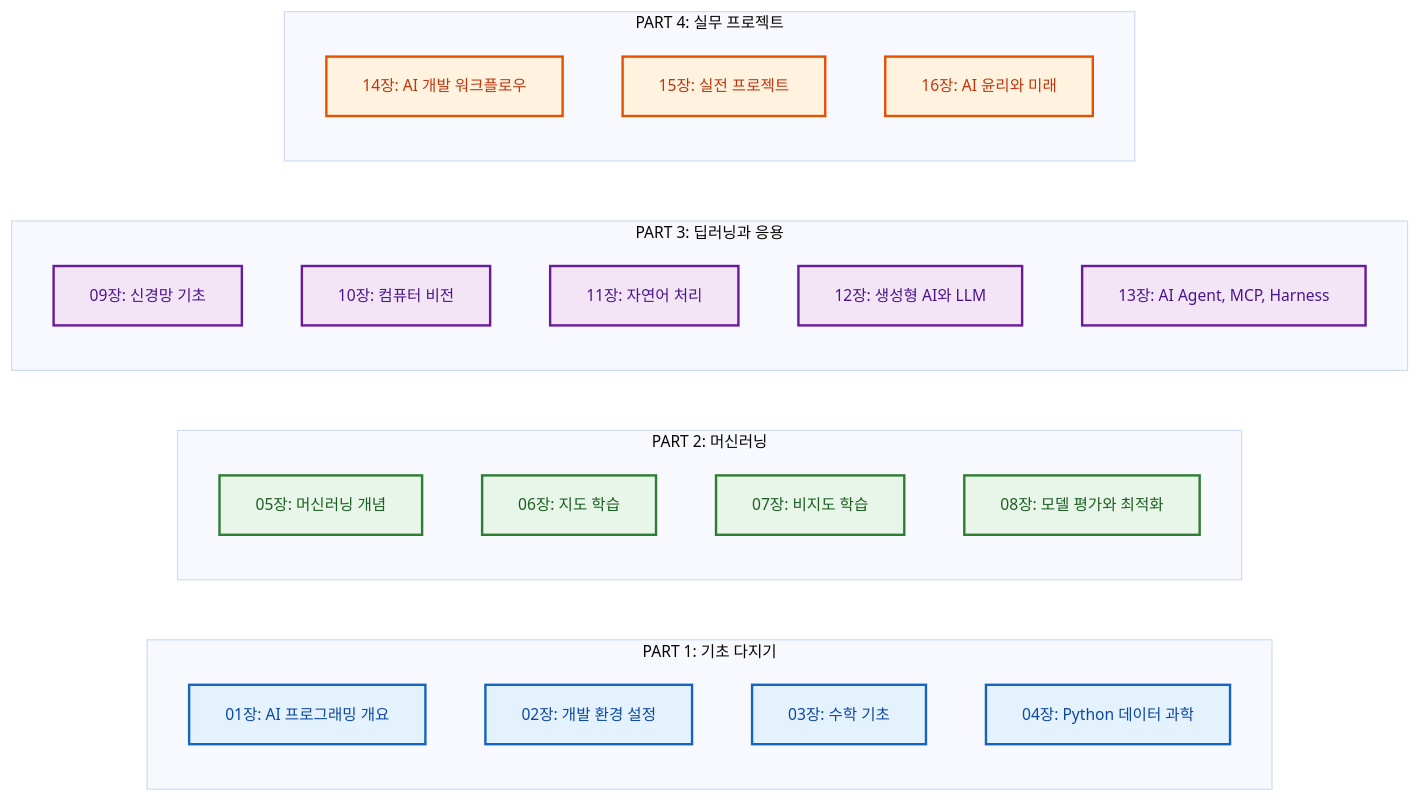
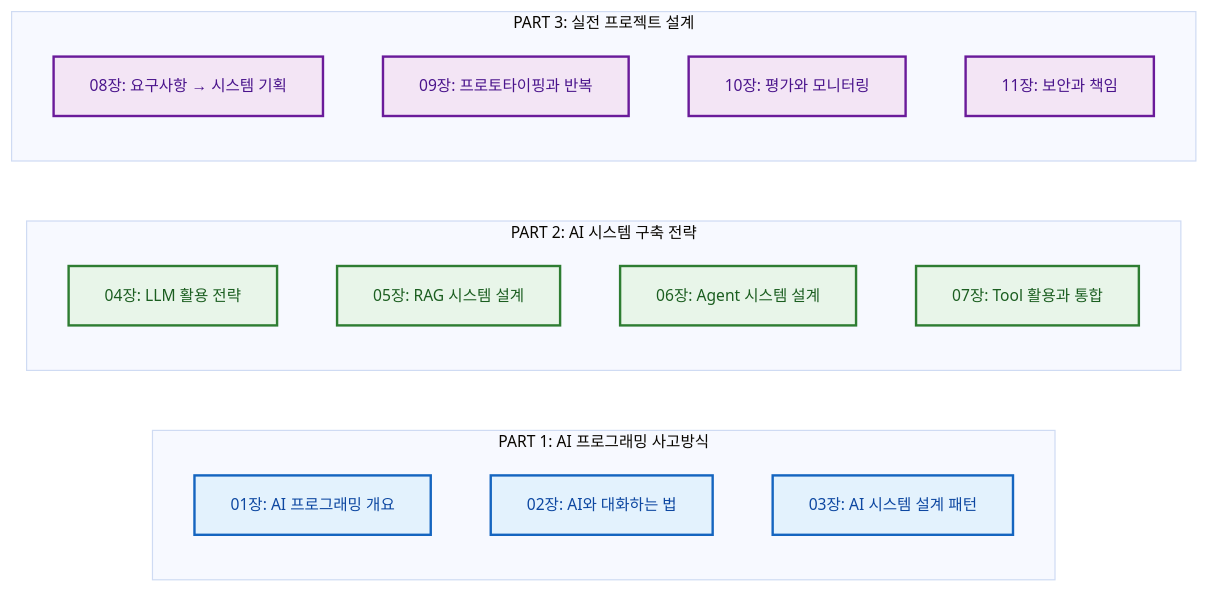
One commit to jingu279/Document changed the first of 2 diagrams in ai-programming/README.md. Above: the diagram before and after it, drawn with Mermaid. The commit also changed other lines of this file and 27 other files, not shown here.

````diff
--- a/ai-programming/README.md
+++ b/ai-programming/README.md
@@ -37,41 +33,31 @@
 ```mermaid
 %%{init: {'theme': 'base', 'themeVariables': {'fontSize': '13px'}}}%%
 flowchart LR
-  subgraph Part1[PART 1: 기초 다지기]
+  subgraph Part1[PART 1: AI 프로그래밍 사고방식]
     direction TB
     Ch01["01장: AI 프로그래밍 개요"]
-    Ch02["02장: 개발 환경 설정"]
-    Ch03["03장: 수학 기초"]
-    Ch04["04장: Python 데이터 과학"]
+    Ch02["02장: AI와 대화하는 법"]
+    Ch03["03장: AI 시스템 설계 패턴"]
   end
-  subgraph Part2[PART 2: 머신러닝]
+  subgraph Part2[PART 2: AI 시스템 구축 전략]
     direction TB
-    Ch05["05장: 머신러닝 개념"]
-    Ch06["06장: 지도 학습"]
-    Ch07["07장: 비지도 학습"]
-    Ch08["08장: 모델 평가와 최적화"]
+    Ch04["04장: LLM 활용 전략"]
+    Ch05["05장: RAG 시스템 설계"]
+    Ch06["06장: Agent 시스템 설계"]
+    Ch07["07장: Tool 활용과 통합"]
   end
-  subgraph Part3[PART 3: 딥러닝과 응용]
+  subgraph Part3[PART 3: 실전 프로젝트 설계]
     direction TB
-    Ch09["09장: 신경망 기초"]
-    Ch10["10장: 컴퓨터 비전"]
-    Ch11["11장: 자연어 처리"]
-    Ch12["12장: 생성형 AI와 LLM"]
-    Ch13["13장: AI Agent, MCP, Harness"]
-  end
-  subgraph Part4[PART 4: 실무 프로젝트]
-    direction TB
-    Ch14["14장: AI 개발 워크플로우"]
-    Ch15["15장: 실전 프로젝트"]
-    Ch16["16장: AI 윤리와 미래"]
+    Ch08["08장: 요구사항 → 시스템 기획"]
+    Ch09["09장: 프로토타이핑과 반복"]
+    Ch10["10장: 평가와 모니터링"]
+    Ch11["11장: 보안과 책임"]
   end
 
   classDef p1 fill:#e3f2fd,stroke:#1565c0,stroke-width:2px,color:#0d47a1
   classDef p2 fill:#e8f5e9,stroke:#2e7d32,stroke-width:2px,color:#1b5e20
   classDef p3 fill:#f3e5f5,stroke:#6a1b9a,stroke-width:2px,color:#4a148c
-  classDef p4 fill:#fff3e0,stroke:#e65100,stroke-width:2px,color:#bf360c
-  class Ch01,Ch02,Ch03,Ch04 p1
-  class Ch05,Ch06,Ch07,Ch08 p2
-  class Ch09,Ch10,Ch11,Ch12,Ch13 p3
-  class Ch14,Ch15,Ch16 p4
+  class Ch01,Ch02,Ch03 p1
+  class Ch04,Ch05,Ch06,Ch07 p2
+  class Ch08,Ch09,Ch10,Ch11 p3
 ```
````
